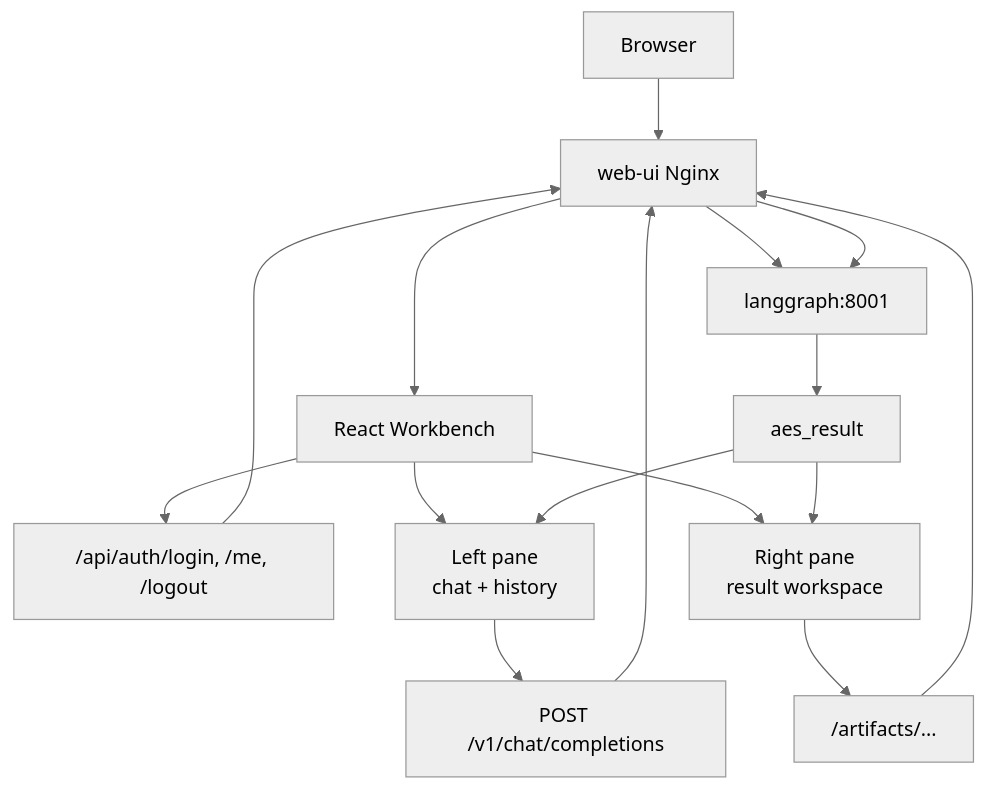
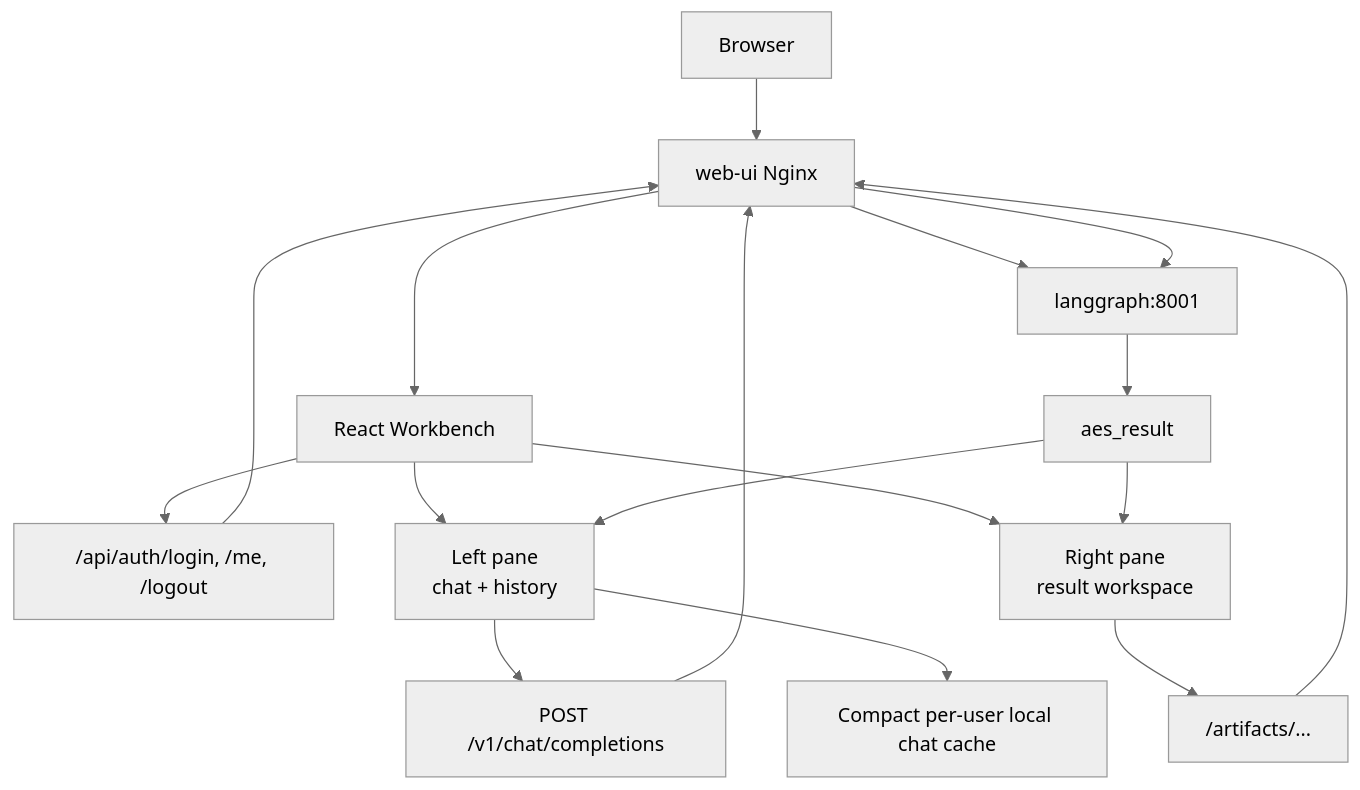
Before and after one commit to RadmirG/AES: the first of 6 diagrams in web-ui/architecture.md, drawn with Mermaid (neutral theme). The commit also changed other lines of this file and 7 other files, not shown here.

````diff
--- a/web-ui/architecture.md
+++ b/web-ui/architecture.md
@@ -7,18 +7,19 @@
 ```mermaid
 flowchart TD
     A["Browser"] --> B["web-ui Nginx"]
     B --> C["React Workbench"]
     C --> AUTH["/api/auth/login, /me, /logout"]
     AUTH --> B
     C --> D["Left pane<br/>chat + history"]
     C --> E["Right pane<br/>result workspace"]
     D --> F["POST /v1/chat/completions"]
     F --> B
     B --> G["langgraph:8001"]
     G --> H["aes_result"]
     H --> D
     H --> E
+    D --> CACHE["Compact per-user local chat cache"]
     E --> I["/artifacts/..."]
     I --> B
     B --> G
 ```
````
